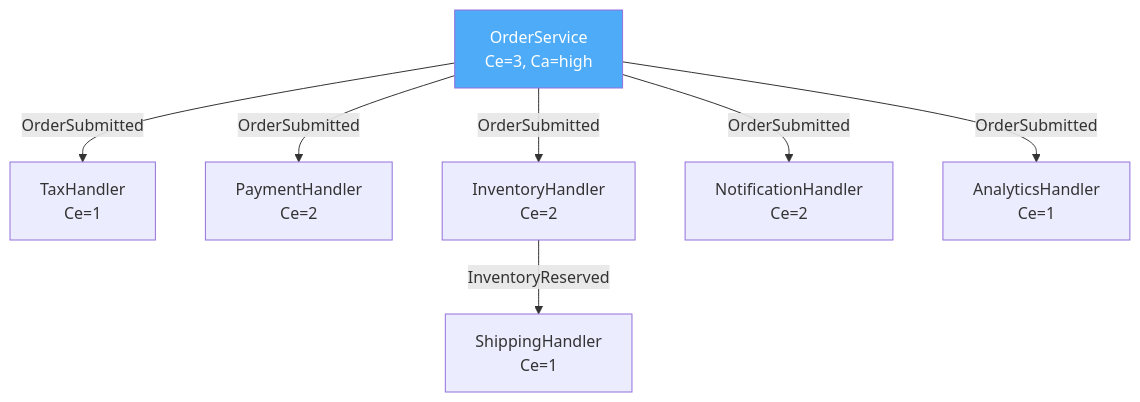
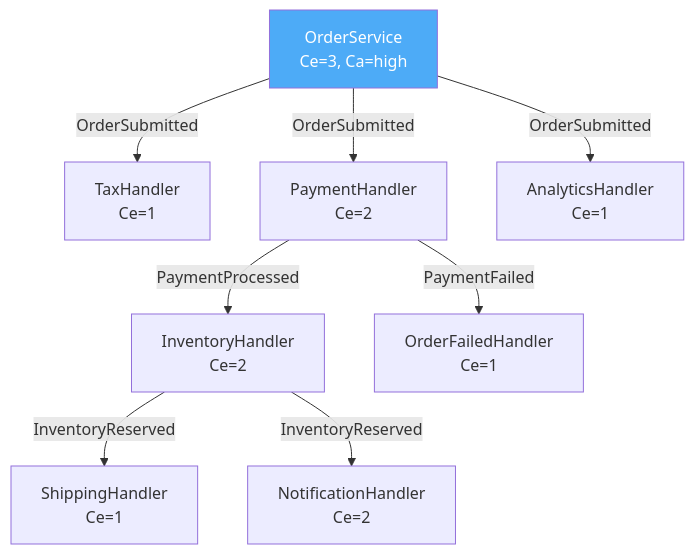
The third of 8 diagrams in coupling-in-practice.md (anaerobic/coupling), drawn with Mermaid before and after one commit. The commit also changed other lines of this file and 1 other file, not shown here.

First line of the commit message:
in-practice, durable: gate the event chain on payment, pass payment method

````diff
--- a/coupling-in-practice.md
+++ b/coupling-in-practice.md
@@ -549,13 +568,14 @@
 ```mermaid
 flowchart TD
     OS[OrderService<br/>Ce=3, Ca=high]
 
     OS -->|"OrderSubmitted"| TH[TaxHandler<br/>Ce=1]
     OS -->|"OrderSubmitted"| PH[PaymentHandler<br/>Ce=2]
-    OS -->|"OrderSubmitted"| IH[InventoryHandler<br/>Ce=2]
-    OS -->|"OrderSubmitted"| NH[NotificationHandler<br/>Ce=2]
     OS -->|"OrderSubmitted"| AH[AnalyticsHandler<br/>Ce=1]
+    PH -->|"PaymentProcessed"| IH[InventoryHandler<br/>Ce=2]
+    PH -->|"PaymentFailed"| OFH[OrderFailedHandler<br/>Ce=1]
     IH -->|"InventoryReserved"| SH[ShippingHandler<br/>Ce=1]
+    IH -->|"InventoryReserved"| NH[NotificationHandler<br/>Ce=2]
 
     style OS fill:#4dabf7,color:#fff
 ```
````
